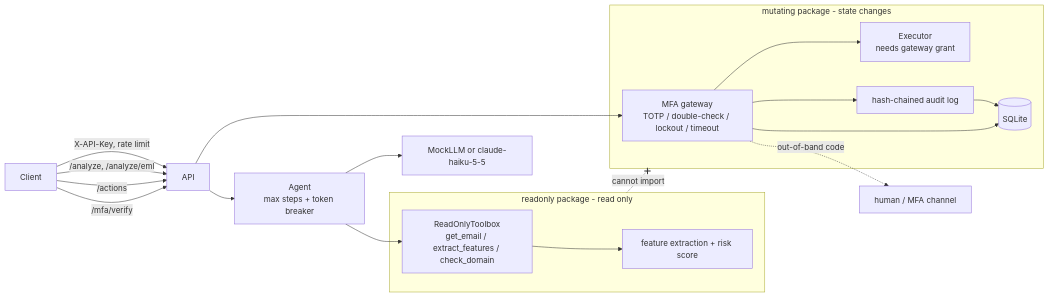
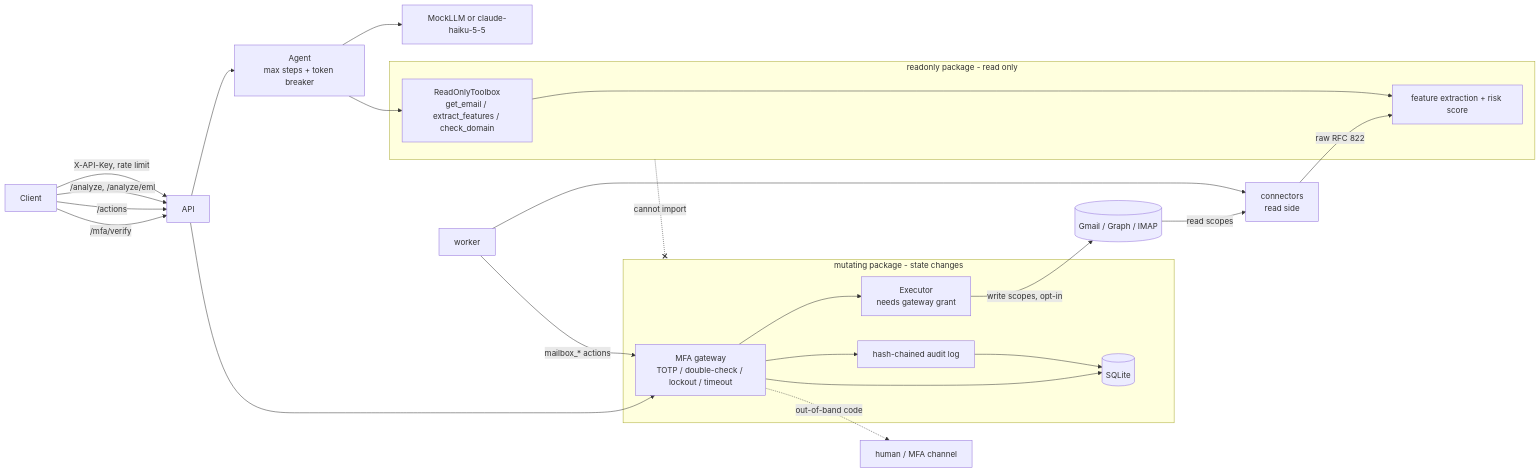
Before and after one commit to King-Dunk/phishguard: the diagram in README.md, drawn with Mermaid. The commit also changed other lines of this file and 8 other files, not shown here.

First line of the commit message:
Document mailbox connectors; pin httpx and cryptography; push setup flags

````diff
--- a/README.md
+++ b/README.md
@@ -32,25 +33,30 @@
 ```mermaid
 flowchart LR
     Client -->|X-API-Key, rate limit| API
     Client -->|/analyze, /analyze/eml| API
     Client -->|/actions| API
     Client -->|/mfa/verify| API
     subgraph RO[readonly package - read only]
         TB[ReadOnlyToolbox<br/>get_email / extract_features / check_domain]
         F[feature extraction + risk score]
     end
     subgraph MU[mutating package - state changes]
         GW[MFA gateway<br/>TOTP / double-check / lockout / timeout]
         EX[Executor<br/>needs gateway grant]
         AU[hash-chained audit log]
         DB[(SQLite)]
     end
     API --> AG[Agent<br/>max steps + token breaker]
     AG --> LLM[MockLLM or claude-haiku-5-5]
     AG --> TB --> F
     API --> GW --> EX
     GW --> AU --> DB
     GW --> DB
     GW -.out-of-band code.-> User[human / MFA channel]
     RO -. cannot import .-x MU
+    MB[(Gmail / Graph / IMAP)] -->|read scopes| CN[connectors<br/>read side]
+    CN -->|raw RFC 822| F
+    WK[worker] --> CN
+    WK -->|mailbox_* actions| GW
+    EX -->|write scopes, opt-in| MB
 ```
````
